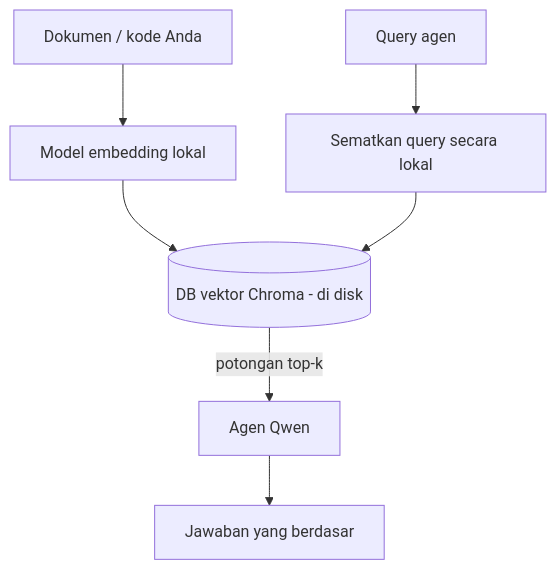
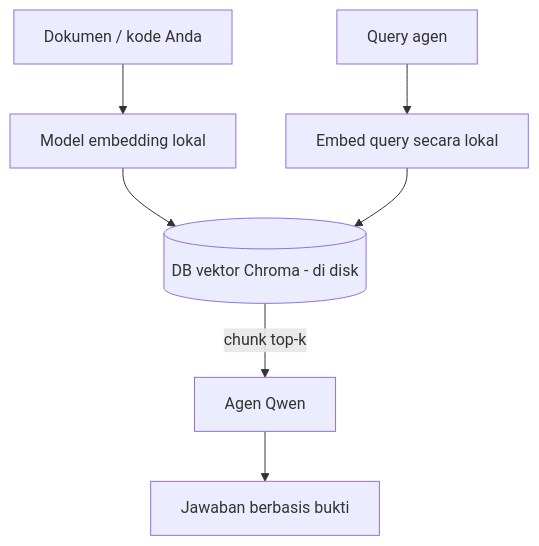
One commit to gabrielmoreira/agent-skills-mirror changed the third of 4 diagrams in mirrors/repos/microsoft@ai-agents-for-beginners/translations/id/17-creating-local-ai-agents/README.md. Above: the diagram before and after it, drawn with Mermaid. The commit also changed other lines of this file and 4262 other files, not shown here.

````diff
--- a/mirrors/repos/microsoft@ai-agents-for-beginners/translations/id/17-creating-local-ai-agents/README.md
+++ b/mirrors/repos/microsoft@ai-agents-for-beginners/translations/id/17-creating-local-ai-agents/README.md
@@ -125,9 +125,9 @@
 ```mermaid
 flowchart TB
     D[Dokumen / kode Anda] --> E[Model embedding lokal]
     E --> V[(DB vektor Chroma - di disk)]
-    Q[Query agen] --> QE[Sematkan query secara lokal]
+    Q[Query agen] --> QE[Embed query secara lokal]
     QE --> V
-    V -->|potongan top-k| A[Agen Qwen]
-    A --> Ans[Jawaban yang berdasar]
+    V -->|chunk top-k| A[Agen Qwen]
+    A --> Ans[Jawaban berbasis bukti]
 ```
````
